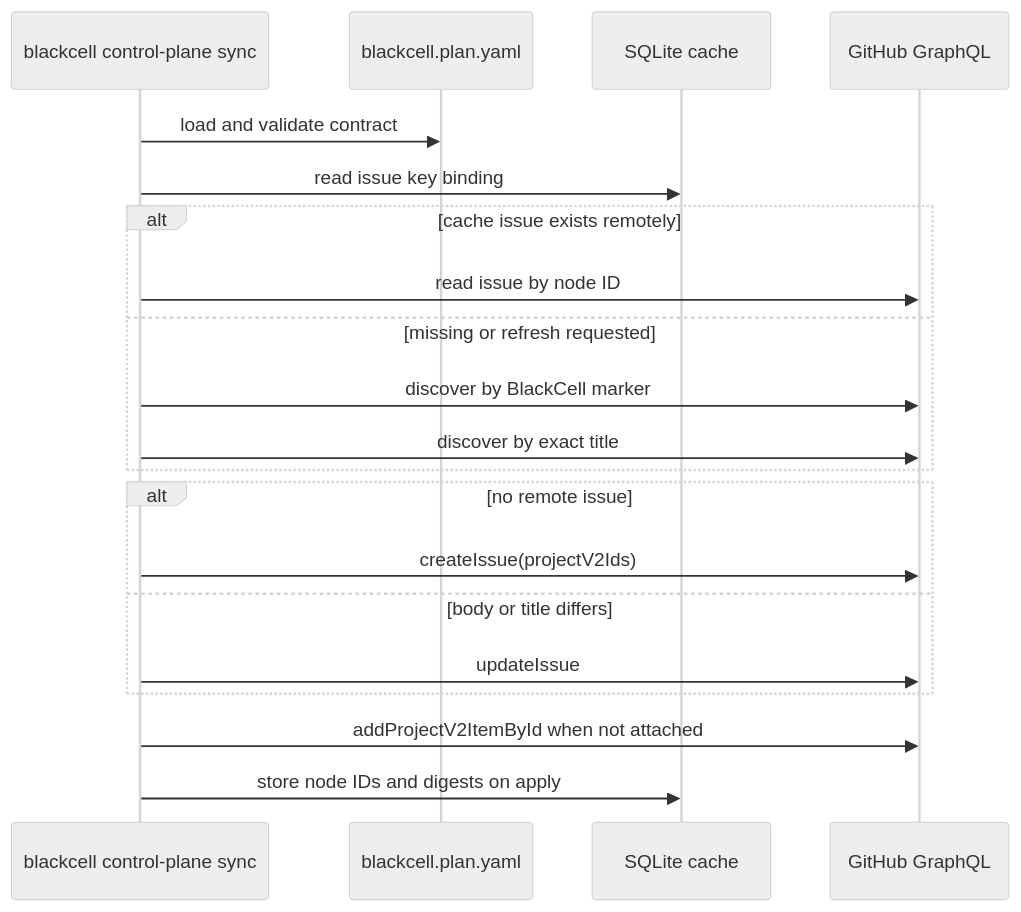
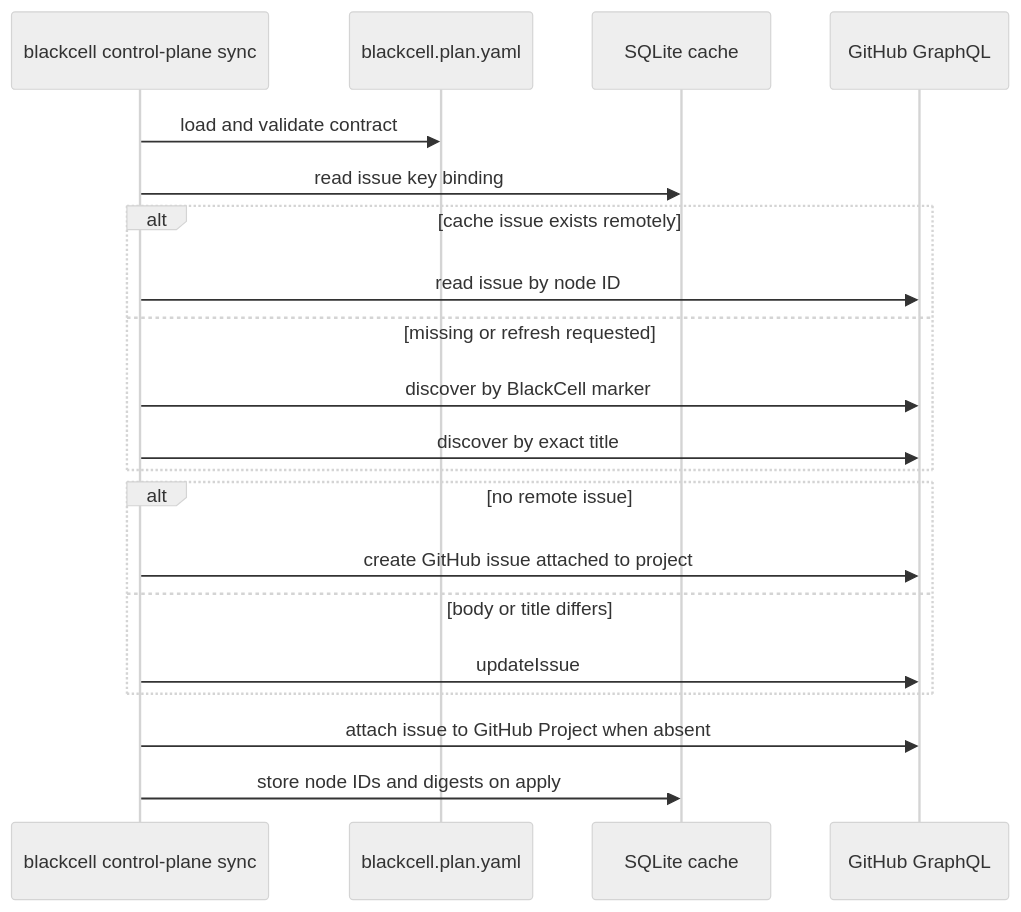
Before and after one commit to kmosoti/blackcell: the fourth of 6 diagrams in docs/control-plane-configuration.md, drawn with Mermaid (neutral theme). The commit also changed other lines of this file and 17 other files, not shown here.

````diff
--- a/docs/control-plane-configuration.md
+++ b/docs/control-plane-configuration.md
@@ -217,23 +217,23 @@
 ```mermaid
 sequenceDiagram
     participant CLI as blackcell control-plane sync
     participant Plan as blackcell.plan.yaml
     participant Cache as SQLite cache
     participant GH as GitHub GraphQL
 
     CLI->>Plan: load and validate contract
     CLI->>Cache: read issue key binding
     alt cache issue exists remotely
         CLI->>GH: read issue by node ID
     else missing or refresh requested
         CLI->>GH: discover by BlackCell marker
         CLI->>GH: discover by exact title
     end
     alt no remote issue
-        CLI->>GH: createIssue(projectV2Ids)
+        CLI->>GH: create GitHub issue attached to project
     else body or title differs
         CLI->>GH: updateIssue
     end
-    CLI->>GH: addProjectV2ItemById when not attached
+    CLI->>GH: attach issue to GitHub Project when absent
     CLI->>Cache: store node IDs and digests on apply
 ```
````
